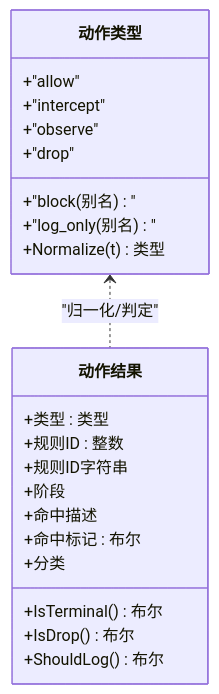
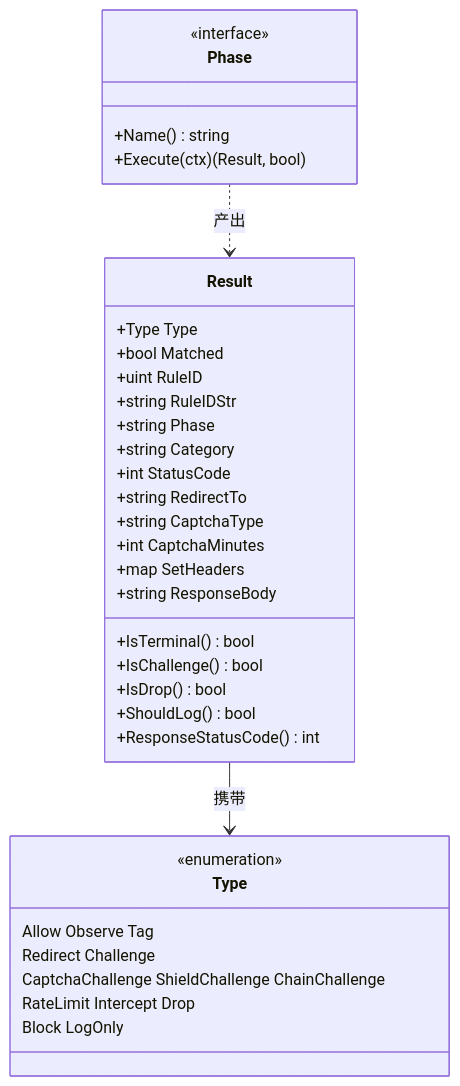
The second of 6 diagrams in docs/扩展与插件系统/规则引擎扩展/动作集成.md (x01n/My-OpenWaf), drawn with Mermaid before and after one commit. The commit also changed other lines of this file and 622 other files, not shown here.

````diff
--- a/docs/扩展与插件系统/规则引擎扩展/动作集成.md
+++ b/docs/扩展与插件系统/规则引擎扩展/动作集成.md
@@ -187,25 +144,37 @@
 ```mermaid
 classDiagram
-class 动作类型 {
-+"allow"
-+"intercept"
-+"observe"
-+"drop"
-+"block(别名)"
-+"log_only(别名)"
-+Normalize(t) 类型
+class Type {
+<<enumeration>>
+Allow Observe Tag
+Redirect Challenge
+CaptchaChallenge ShieldChallenge ChainChallenge
+RateLimit Intercept Drop
+Block LogOnly
 }
-class 动作结果 {
-+类型 : 类型
-+规则ID : 整数
-+规则ID字符串
-+阶段
-+命中描述
-+命中标记 : 布尔
-+分类
-+IsTerminal() 布尔
-+IsDrop() 布尔
-+ShouldLog() 布尔
+class Result {
++Type Type
++bool Matched
++uint RuleID
++string RuleIDStr
++string Phase
++string Category
++int StatusCode
++string RedirectTo
++string CaptchaType
++int CaptchaMinutes
++map SetHeaders
++string ResponseBody
++IsTerminal() bool
++IsChallenge() bool
++IsDrop() bool
++ShouldLog() bool
++ResponseStatusCode() int
 }
-动作类型 <.. 动作结果 : "归一化/判定"
+class Phase {
+<<interface>>
++Name() string
++Execute(ctx) (Result, bool)
+}
+Phase ..> Result : 产出
+Result --> Type : 携带
 ```
````
